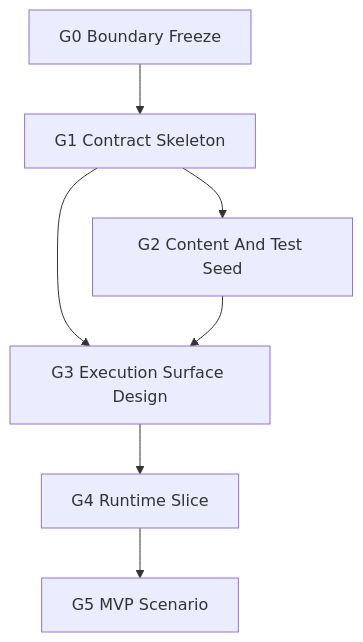
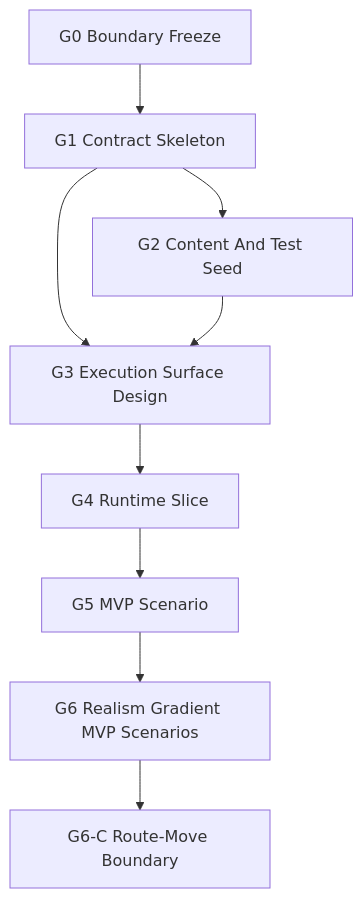
One commit to Void0312Aurora/Echelon-Forge changed the diagram in docs/task/ground/ground_subagent_dispatch_queue_20260521.md. Above: the diagram before and after it, drawn with Mermaid. The commit also changed other lines of this file and 20 other files, not shown here.

Commit message:
Add ground realism-gradient MVP guardrails

````diff
--- a/docs/task/ground/ground_subagent_dispatch_queue_20260521.md
+++ b/docs/task/ground/ground_subagent_dispatch_queue_20260521.md
@@ -28,9 +29,11 @@
 ```mermaid
 flowchart TD
     G0["G0 Boundary Freeze"] --> G1["G1 Contract Skeleton"]
     G1 --> G2["G2 Content And Test Seed"]
     G1 --> G3["G3 Execution Surface Design"]
     G2 --> G3
     G3 --> G4["G4 Runtime Slice"]
     G4 --> G5["G5 MVP Scenario"]
+    G5 --> G6["G6 Realism Gradient MVP Scenarios"]
+    G6 --> G6C["G6-C Route-Move Boundary"]
 ```
````
